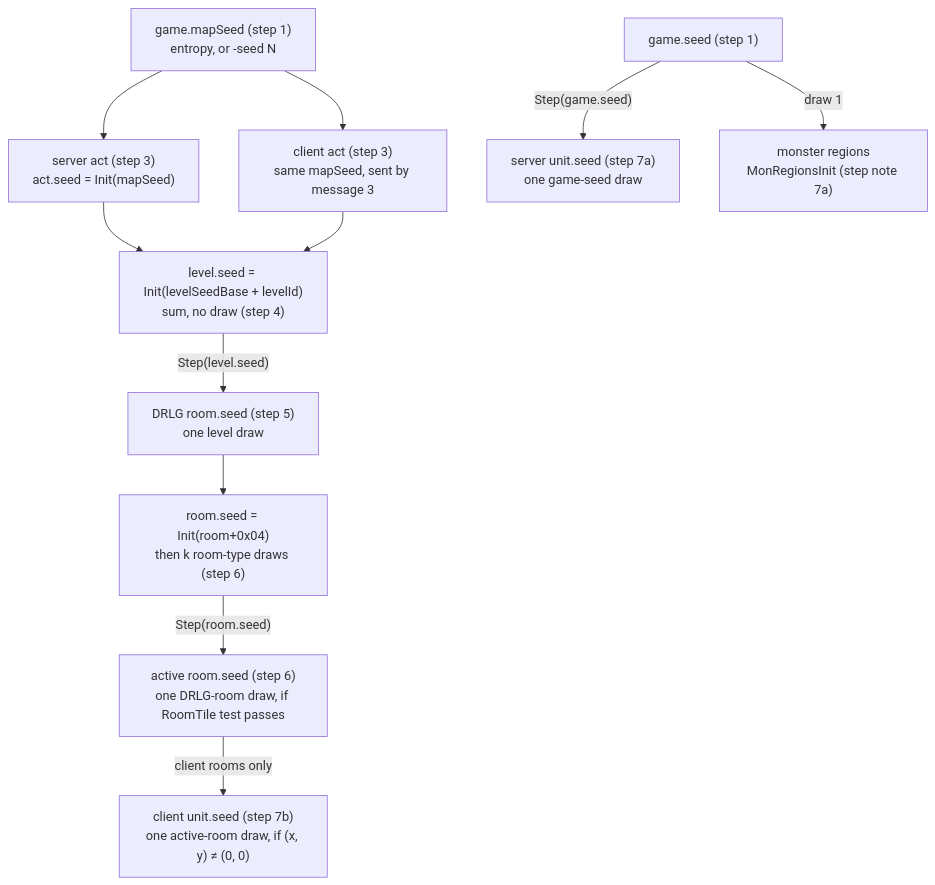
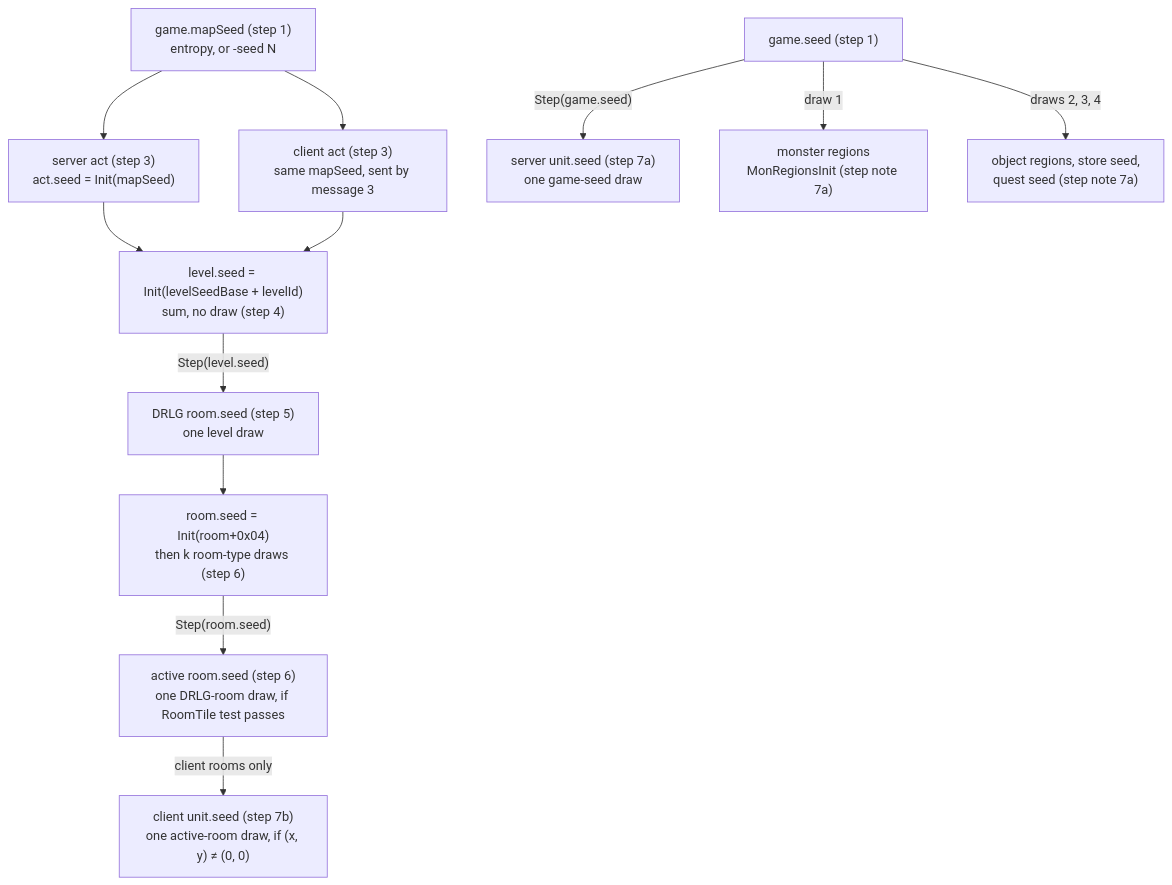
Before and after one commit to IgorKonovalov/diablo-2-recompilation: the first of 6 diagrams in docs/specs/rng/seeds.md, drawn with Mermaid. The commit also changed other lines of this file and 21 other files, not shown here.

````diff
--- a/docs/specs/rng/seeds.md
+++ b/docs/specs/rng/seeds.md
@@ -83,23 +83,24 @@
 ```mermaid
 flowchart TD
     game["game.mapSeed (step 1)<br/>entropy, or -seed N"]
     gseed["game.seed (step 1)"]
     sact["server act (step 3)<br/>act.seed = Init(mapSeed)"]
     cact["client act (step 3)<br/>same mapSeed, sent by message 3"]
     lvl["level.seed = Init(levelSeedBase + levelId)<br/>sum, no draw (step 4)"]
     room["DRLG room.seed (step 5)<br/>one level draw"]
     reseed["room.seed = Init(room+0x04)<br/>then k room-type draws (step 6)"]
     aroom["active room.seed (step 6)<br/>one DRLG-room draw, if RoomTile test passes"]
     sunit["server unit.seed (step 7a)<br/>one game-seed draw"]
     cunit["client unit.seed (step 7b)<br/>one active-room draw, if (x, y) ≠ (0, 0)"]
     game --> sact
     game --> cact
     sact --> lvl
     cact --> lvl
     lvl -->|"Step(level.seed)"| room
     room --> reseed
     reseed -->|"Step(room.seed)"| aroom
     aroom -->|"client rooms only"| cunit
     gseed -->|"draw 1"| mreg["monster regions<br/>MonRegionsInit (step note 7a)"]
+    gseed -->|"draws 2, 3, 4"| gc["object regions, store seed,<br/>quest seed (step note 7a)"]
     gseed -->|"Step(game.seed)"| sunit
 ```
````
